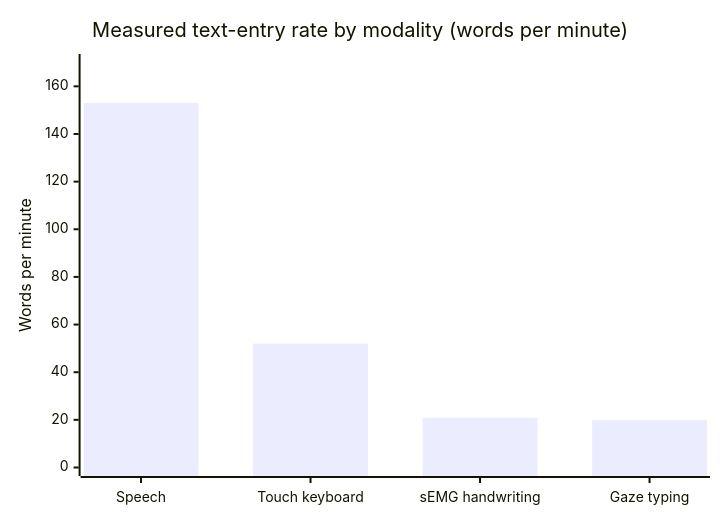
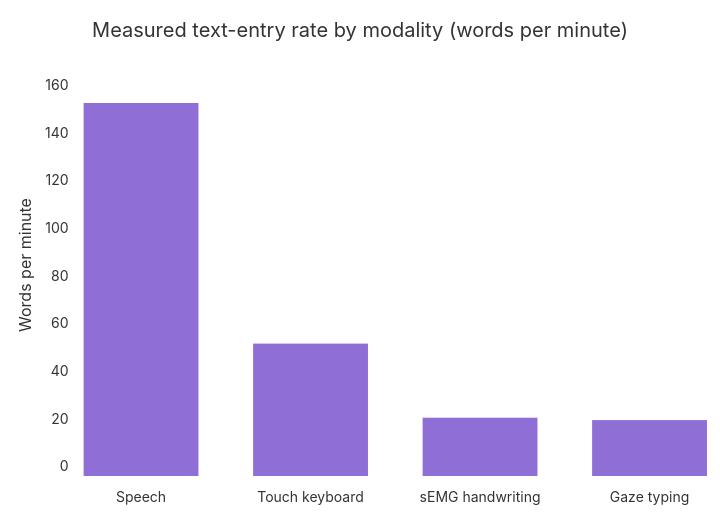
The first of 3 diagrams in docs/research/index.md (MSKazemi/yazses), drawn with Mermaid before and after one commit. The commit also changed 2 other files, not shown here.

Commit message:
docs(research): make the xychart bars theme-aware
Material's mermaid themeCSS styles flowchart/sequence/class diagrams but not
the newer xychart type, so all three bar charts rendered a white panel with a
washed-out grey title in dark mode. Per-diagram themeVariables set the
background transparent and drive the text colours from Material's own
--md-default-fg-color; CSS custom properties inherit through the shadow root
Material renders into, so one source is correct in both themes. The solid
plot colour also reads better than the default pale fill in light mode.

Verified visually in light and dark on the built site.

````diff
--- a/docs/research/index.md
+++ b/docs/research/index.md
@@ -93,7 +93,23 @@
 ```mermaid
+---
+config:
+  themeVariables:
+    xyChart:
+      backgroundColor: "transparent"
+      titleColor: "var(--md-default-fg-color)"
+      xAxisLabelColor: "var(--md-default-fg-color)"
+      yAxisLabelColor: "var(--md-default-fg-color)"
+      xAxisTitleColor: "var(--md-default-fg-color)"
+      yAxisTitleColor: "var(--md-default-fg-color)"
+      xAxisTickColor: "var(--md-default-fg-color--lighter)"
+      yAxisTickColor: "var(--md-default-fg-color--lighter)"
+      xAxisLineColor: "var(--md-default-fg-color--lighter)"
+      yAxisLineColor: "var(--md-default-fg-color--lighter)"
+      plotColorPalette: "#8f6fd6"
+---
 xychart-beta
     title "Measured text-entry rate by modality (words per minute)"
     x-axis ["Speech", "Touch keyboard", "sEMG handwriting", "Gaze typing"]
     y-axis "Words per minute" 0 --> 170
     bar [153, 52, 20.9, 19.9]
 ```
````
